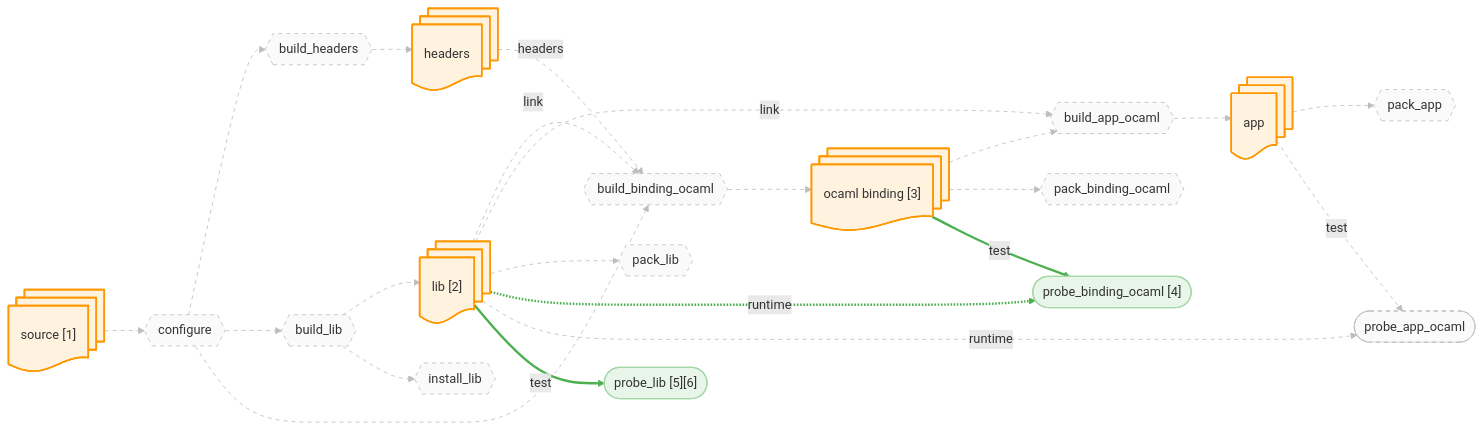
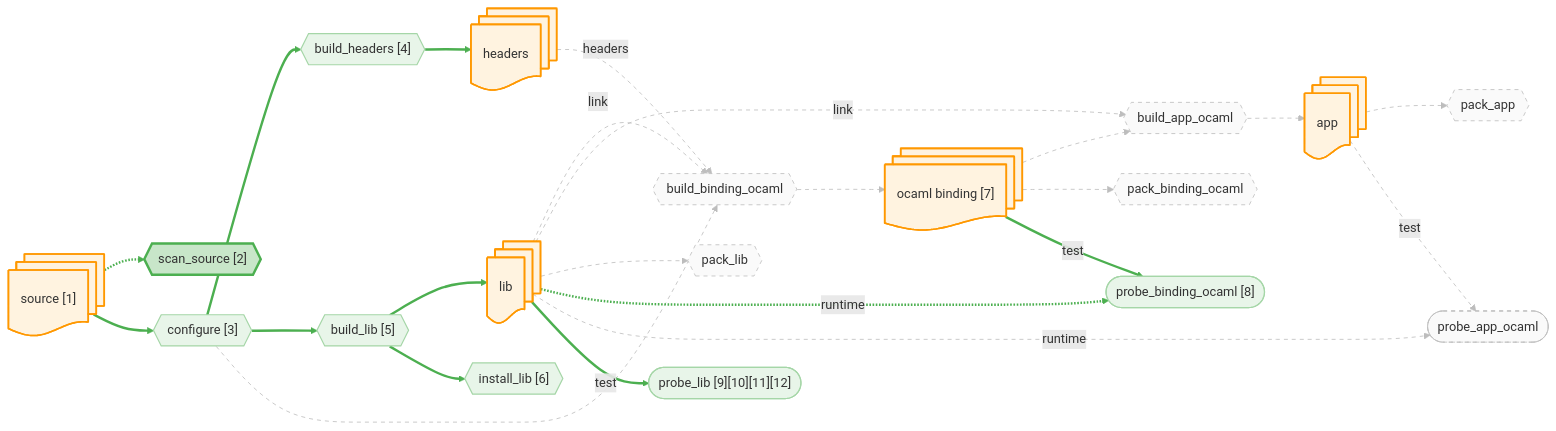
The diagram in docs/canary/projects/z3/-run/diagrams/source.mmd (JHU-PL-Lab/tola), drawn with Mermaid before and after one commit. The commit also changed 231 other files, not shown here.

```diff
--- a/docs/canary/projects/z3/-run/diagrams/source.mmd
+++ b/docs/canary/projects/z3/-run/diagrams/source.mmd
@@ -1,85 +1,89 @@
 %% view: source
 graph LR
     source_node@{ shape: docs, label: "source [1]" }
     headers_node@{ shape: docs, label: "headers" }
-    lib_node@{ shape: docs, label: "lib [2]" }
+    lib_node@{ shape: docs, label: "lib" }
     app_node@{ shape: docs, label: "app" }
-    ocaml_binding_node@{ shape: docs, label: "ocaml binding [3]" }
+    ocaml_binding_node@{ shape: docs, label: "ocaml binding [7]" }
 
-    A_configure{{"configure"}}
-    A_build_headers{{"build_headers"}}
-    A_build_lib{{"build_lib"}}
+    A_scan_source{{"scan_source [2]"}}
+    A_configure{{"configure [3]"}}
+    A_build_headers{{"build_headers [4]"}}
+    A_build_lib{{"build_lib [5]"}}
     A_build_binding_ocaml{{"build_binding_ocaml"}}
     A_build_app_ocaml{{"build_app_ocaml"}}
-    A_install_lib{{"install_lib"}}
+    A_install_lib{{"install_lib [6]"}}
     A_pack_binding_ocaml{{"pack_binding_ocaml"}}
     A_pack_lib{{"pack_lib"}}
     A_pack_app{{"pack_app"}}
-    A_probe_binding_ocaml(["probe_binding_ocaml [4]"])
+    A_probe_binding_ocaml(["probe_binding_ocaml [8]"])
     A_probe_app_ocaml(["probe_app_ocaml"])
-    A_probe_lib(["probe_lib [5][6]"])
+    A_probe_lib(["probe_lib [9][10][11][12]"])
 
+    source_node -.-> A_scan_source
     source_node --> A_configure
     A_configure --> A_build_headers
     A_build_headers --> headers_node
     A_configure --> A_build_lib
     A_build_lib --> lib_node
     A_configure --> A_build_binding_ocaml
     headers_node -.->|headers| A_build_binding_ocaml
     lib_node -.->|link| A_build_binding_ocaml
     A_build_binding_ocaml --> ocaml_binding_node
     ocaml_binding_node --> A_build_app_ocaml
     lib_node -.->|link| A_build_app_ocaml
     A_build_app_ocaml --> app_node
     A_build_lib --> A_install_lib
     ocaml_binding_node --> A_pack_binding_ocaml
     lib_node --> A_pack_lib
     app_node --> A_pack_app
     ocaml_binding_node -->|test| A_probe_binding_ocaml
     lib_node -.->|runtime| A_probe_binding_ocaml
     app_node -->|test| A_probe_app_ocaml
     lib_node -.->|runtime| A_probe_app_ocaml
     lib_node -->|test| A_probe_lib
 
     classDef artifact fill:#fff3e0,stroke:#ff9800,stroke-width:2px
     classDef action fill:#f3e5f5,stroke:#9c27b0,stroke-width:2px
     classDef st_done fill:#c8e6c9,stroke:#4caf50,stroke-width:3px
     classDef st_done_ctx fill:#e8f5e9,stroke:#a5d6a7,stroke-width:1.5px
     classDef st_expected_fail fill:#fff9c4,stroke:#f9a825,stroke-width:2px
     classDef st_failed fill:#ffcdd2,stroke:#c62828,stroke-width:2px
     classDef st_skipped fill:#f5f5f5,stroke:#9e9e9e,stroke-dasharray:5
     classDef st_nospec fill:#fafafa,stroke:#bdbdbd,stroke-dasharray:5
     class source_node,headers_node,lib_node,app_node,ocaml_binding_node artifact
-    class A_configure st_nospec
-    class A_build_headers st_nospec
-    class A_build_lib st_nospec
+    class A_scan_source st_done
+    class A_configure st_done_ctx
+    class A_build_headers st_done_ctx
+    class A_build_lib st_done_ctx
     class A_build_binding_ocaml st_nospec
     class A_build_app_ocaml st_nospec
-    class A_install_lib st_nospec
+    class A_install_lib st_done_ctx
     class A_pack_binding_ocaml st_nospec
     class A_pack_lib st_nospec
     class A_pack_app st_nospec
     class A_probe_binding_ocaml st_done_ctx
     class A_probe_app_ocaml st_nospec
     class A_probe_lib st_done_ctx
-    linkStyle 0 stroke:#bdbdbd,stroke-width:1px,stroke-dasharray:5
-    linkStyle 1 stroke:#bdbdbd,stroke-width:1px,stroke-dasharray:5
-    linkStyle 2 stroke:#bdbdbd,stroke-width:1px,stroke-dasharray:5
-    linkStyle 3 stroke:#bdbdbd,stroke-width:1px,stroke-dasharray:5
-    linkStyle 4 stroke:#bdbdbd,stroke-width:1px,stroke-dasharray:5
-    linkStyle 5 stroke:#bdbdbd,stroke-width:1px,stroke-dasharray:5
+    linkStyle 0 stroke:#4caf50,stroke-width:3px
+    linkStyle 1 stroke:#4caf50,stroke-width:3px
+    linkStyle 2 stroke:#4caf50,stroke-width:3px
+    linkStyle 3 stroke:#4caf50,stroke-width:3px
+    linkStyle 4 stroke:#4caf50,stroke-width:3px
+    linkStyle 5 stroke:#4caf50,stroke-width:3px
     linkStyle 6 stroke:#bdbdbd,stroke-width:1px,stroke-dasharray:5
     linkStyle 7 stroke:#bdbdbd,stroke-width:1px,stroke-dasharray:5
     linkStyle 8 stroke:#bdbdbd,stroke-width:1px,stroke-dasharray:5
     linkStyle 9 stroke:#bdbdbd,stroke-width:1px,stroke-dasharray:5
     linkStyle 10 stroke:#bdbdbd,stroke-width:1px,stroke-dasharray:5
     linkStyle 11 stroke:#bdbdbd,stroke-width:1px,stroke-dasharray:5
     linkStyle 12 stroke:#bdbdbd,stroke-width:1px,stroke-dasharray:5
-    linkStyle 13 stroke:#bdbdbd,stroke-width:1px,stroke-dasharray:5
+    linkStyle 13 stroke:#4caf50,stroke-width:3px
     linkStyle 14 stroke:#bdbdbd,stroke-width:1px,stroke-dasharray:5
     linkStyle 15 stroke:#bdbdbd,stroke-width:1px,stroke-dasharray:5
-    linkStyle 16 stroke:#4caf50,stroke-width:3px
+    linkStyle 16 stroke:#bdbdbd,stroke-width:1px,stroke-dasharray:5
     linkStyle 17 stroke:#4caf50,stroke-width:3px
-    linkStyle 18 stroke:#bdbdbd,stroke-width:1px,stroke-dasharray:5
+    linkStyle 18 stroke:#4caf50,stroke-width:3px
     linkStyle 19 stroke:#bdbdbd,stroke-width:1px,stroke-dasharray:5
-    linkStyle 20 stroke:#4caf50,stroke-width:3px
+    linkStyle 20 stroke:#bdbdbd,stroke-width:1px,stroke-dasharray:5
+    linkStyle 21 stroke:#4caf50,stroke-width:3px
```
